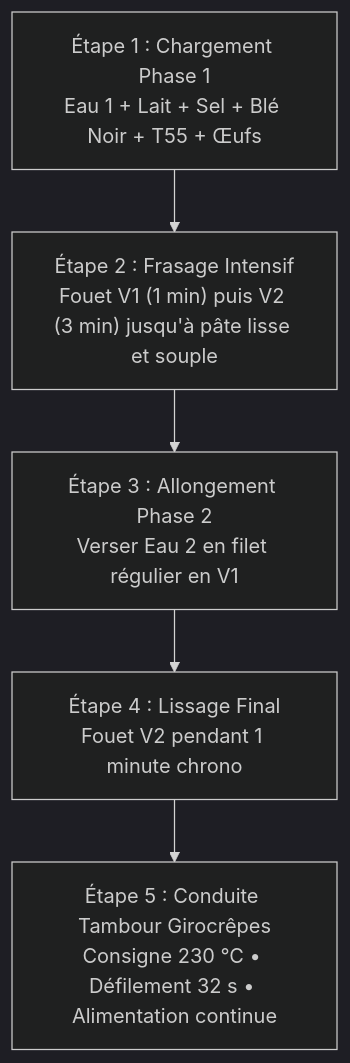
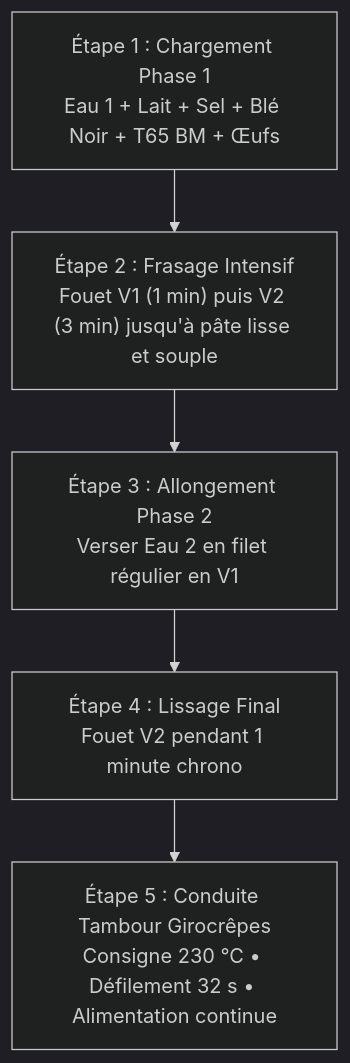
Before and after one commit to jri561/laboratoire-tourage-boulangerie: the diagram in recettes/catalogue/galettes-ble-noir-girocrepes.md, drawn with Mermaid (dark theme). The commit also changed other lines of this file and 17 other files, not shown here.

````diff
--- a/recettes/catalogue/galettes-ble-noir-girocrepes.md
+++ b/recettes/catalogue/galettes-ble-noir-girocrepes.md
@@ -67,7 +67,7 @@
 ```mermaid
 flowchart TD
-    A["Étape 1 : Chargement Phase 1<br>Eau 1 + Lait + Sel + Blé Noir + T55 + Œufs"] --> B["Étape 2 : Frasage Intensif<br>Fouet V1 (1 min) puis V2 (3 min) jusqu'à pâte lisse et souple"]
+    A["Étape 1 : Chargement Phase 1<br>Eau 1 + Lait + Sel + Blé Noir + T65 BM + Œufs"] --> B["Étape 2 : Frasage Intensif<br>Fouet V1 (1 min) puis V2 (3 min) jusqu'à pâte lisse et souple"]
     B --> C["Étape 3 : Allongement Phase 2<br>Verser Eau 2 en filet régulier en V1"]
     C --> D["Étape 4 : Lissage Final<br>Fouet V2 pendant 1 minute chrono"]
     D --> E["Étape 5 : Conduite Tambour Girocrêpes<br>Consigne 230 °C • Défilement 32 s • Alimentation continue"]
 ```
````
